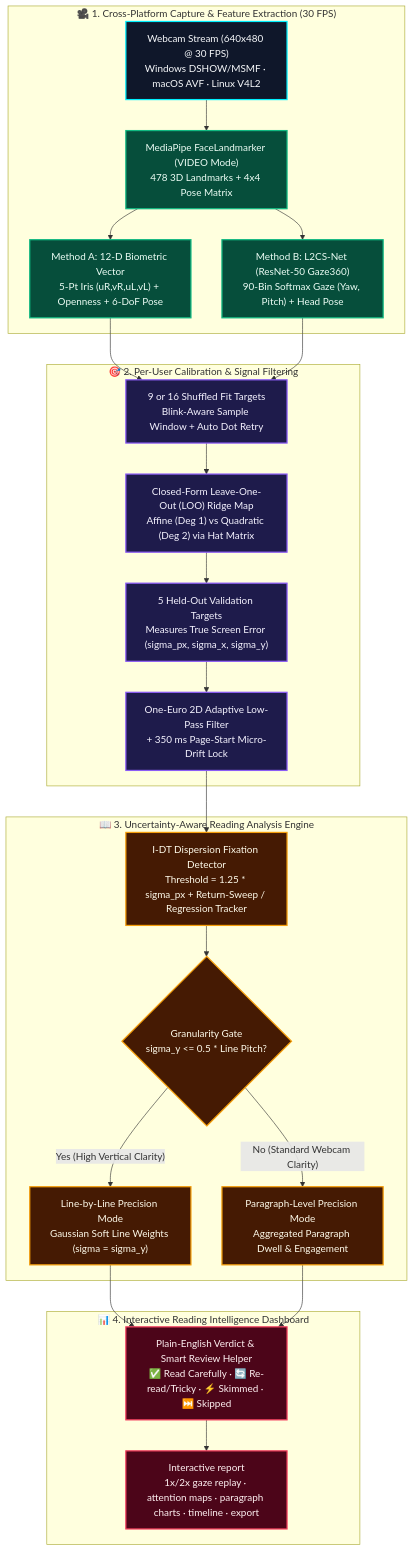
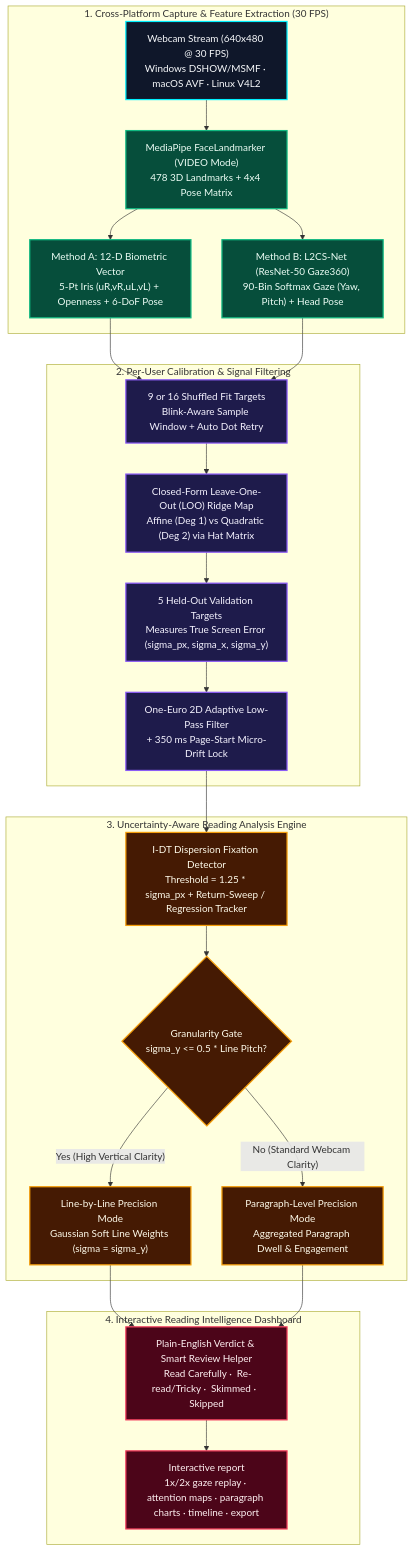
One commit to Samairamalik/GazeTracker changed the first of 2 diagrams in README.md. Above: the diagram before and after it, drawn with Mermaid. The commit also changed other lines of this file, not shown here.

````diff
--- a/README.md
+++ b/README.md
@@ -51,45 +51,45 @@
 ```mermaid
 flowchart TD
     classDef cam fill:#0f172a,stroke:#00f0ff,stroke-width:2px,color:#f8fafc
     classDef cv fill:#064e3b,stroke:#10b981,stroke-width:2px,color:#ecfdf5
     classDef math fill:#1e1b4b,stroke:#8b5cf6,stroke-width:2px,color:#f5f3ff
     classDef ui fill:#451a03,stroke:#f59e0b,stroke-width:2px,color:#fffbeb
     classDef out fill:#4c0519,stroke:#f43f5e,stroke-width:2px,color:#fff1f2
 
-    subgraph S1["🎥 1. Cross-Platform Capture & Feature Extraction (30 FPS)"]
+    subgraph S1[" 1. Cross-Platform Capture & Feature Extraction (30 FPS)"]
         CAM["Webcam Stream (640x480 @ 30 FPS)\nWindows DSHOW/MSMF · macOS AVF · Linux V4L2"]:::cam
         MP["MediaPipe FaceLandmarker (VIDEO Mode)\n478 3D Landmarks + 4x4 Pose Matrix"]:::cv
         M_A["Method A: 12-D Biometric Vector\n5-Pt Iris (uR,vR,uL,vL) + Openness + 6-DoF Pose"]:::cv
         M_B["Method B: L2CS-Net (ResNet-50 Gaze360)\n90-Bin Softmax Gaze (Yaw, Pitch) + Head Pose"]:::cv
     end
 
-    subgraph S2["🎯 2. Per-User Calibration & Signal Filtering"]
+    subgraph S2[" 2. Per-User Calibration & Signal Filtering"]
         CAL["9 or 16 Shuffled Fit Targets\nBlink-Aware Sample Window + Auto Dot Retry"]:::math
         LOO["Closed-Form Leave-One-Out (LOO) Ridge Map\nAffine (Deg 1) vs Quadratic (Deg 2) via Hat Matrix"]:::math
         VAL["5 Held-Out Validation Targets\nMeasures True Screen Error (sigma_px, sigma_x, sigma_y)"]:::math
         FILT["One-Euro 2D Adaptive Low-Pass Filter\n+ 350 ms Page-Start Micro-Drift Lock"]:::math
     end
 
-    subgraph S3["📖 3. Uncertainty-Aware Reading Analysis Engine"]
+    subgraph S3[" 3. Uncertainty-Aware Reading Analysis Engine"]
         IDT["I-DT Dispersion Fixation Detector\nThreshold = 1.25 * sigma_px + Return-Sweep / Regression Tracker"]:::ui
         GRAN{"Granularity Gate\nsigma_y <= 0.5 * Line Pitch?"}:::ui
         LINE["Line-by-Line Precision Mode\nGaussian Soft Line Weights (sigma = sigma_y)"]:::ui
         PARA["Paragraph-Level Precision Mode\nAggregated Paragraph Dwell & Engagement"]:::ui
     end
 
-    subgraph S4["📊 4. Interactive Reading Intelligence Dashboard"]
-        DASH["Plain-English Verdict & Smart Review Helper\n✅ Read Carefully · 🔄 Re-read/Tricky · ⚡ Skimmed · ⏭️ Skipped"]:::out
+    subgraph S4[" 4. Interactive Reading Intelligence Dashboard"]
+        DASH["Plain-English Verdict & Smart Review Helper\n Read Carefully ·  Re-read/Tricky ·  Skimmed ·  Skipped"]:::out
         VIZ["Interactive report\n1x/2x gaze replay · attention maps · paragraph charts · timeline · export"]:::out
     end
 
     CAM --> MP
     MP --> M_A
     MP --> M_B
     M_A --> CAL
     M_B --> CAL
     CAL --> LOO --> VAL --> FILT
     FILT --> IDT --> GRAN
     GRAN -- "Yes (High Vertical Clarity)" --> LINE --> DASH
     GRAN -- "No (Standard Webcam Clarity)" --> PARA --> DASH
     DASH --> VIZ
 ```
````
